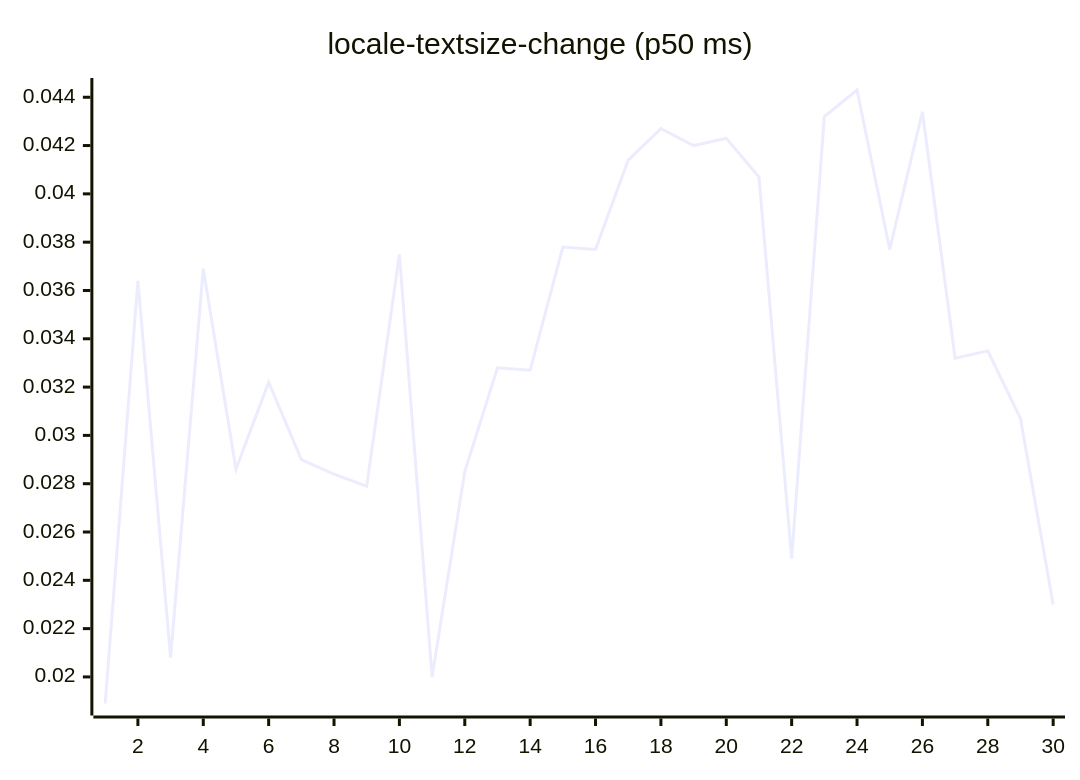
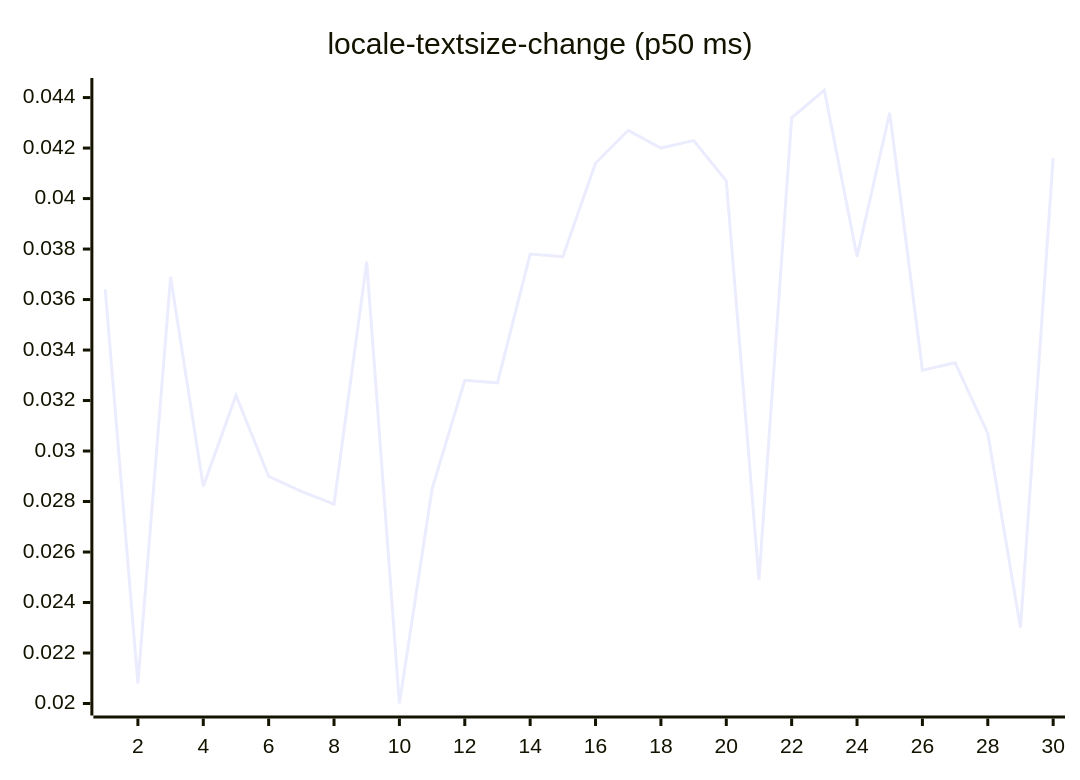
Before and after one commit to josha/Facet: diagram 13 of 27 in README.md, drawn with Mermaid. The commit also changed other lines of this file and 2 other files, not shown here.

````diff
--- a/README.md
+++ b/README.md
@@ -147,6 +147,6 @@
 ```mermaid
 xychart-beta
     title "locale-textsize-change (p50 ms)"
     x-axis 1 --> 30
-    line [0.0189, 0.0364, 0.0208, 0.0369, 0.0286, 0.0322, 0.0290, 0.0284, 0.0279, 0.0375, 0.0200, 0.0285, 0.0328, 0.0327, 0.0378, 0.0377, 0.0414, 0.0427, 0.0420, 0.0423, 0.0407, 0.0249, 0.0432, 0.0443, 0.0377, 0.0434, 0.0332, 0.0335, 0.0307, 0.0230]
+    line [0.0364, 0.0208, 0.0369, 0.0286, 0.0322, 0.0290, 0.0284, 0.0279, 0.0375, 0.0200, 0.0285, 0.0328, 0.0327, 0.0378, 0.0377, 0.0414, 0.0427, 0.0420, 0.0423, 0.0407, 0.0249, 0.0432, 0.0443, 0.0377, 0.0434, 0.0332, 0.0335, 0.0307, 0.0230, 0.0416]
 ```
````
